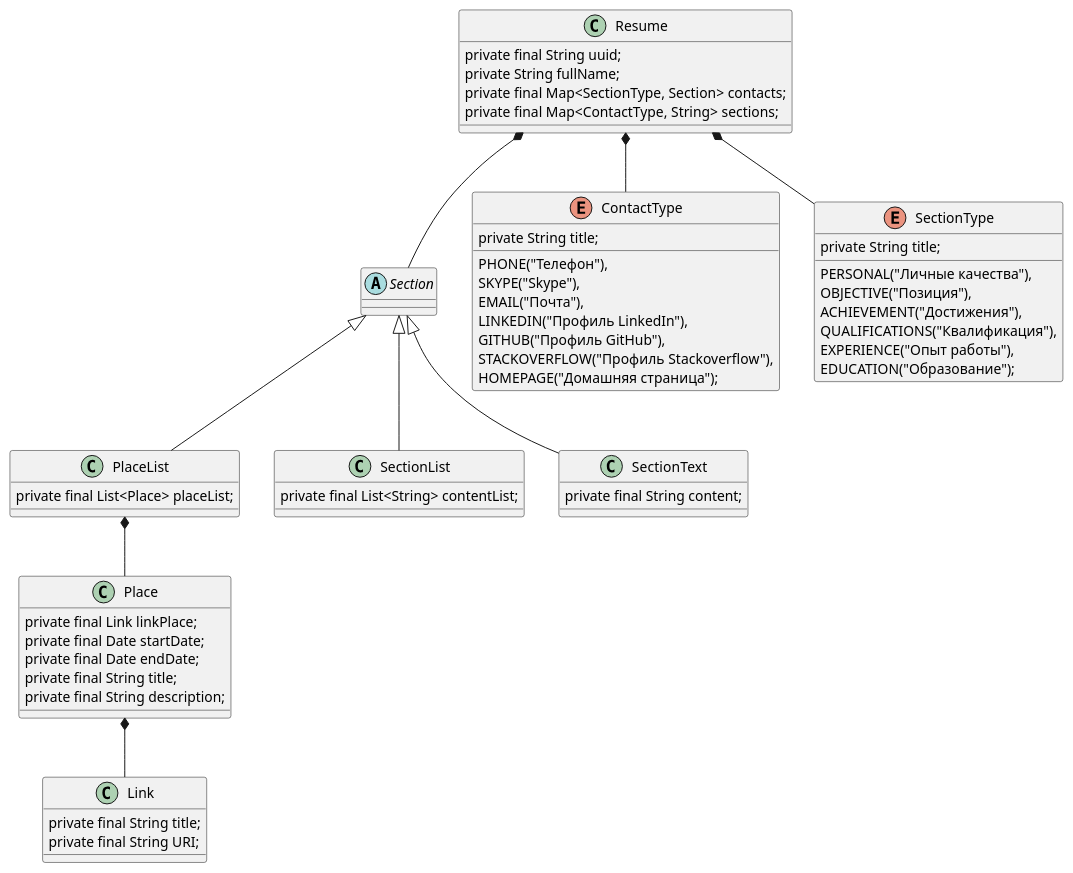
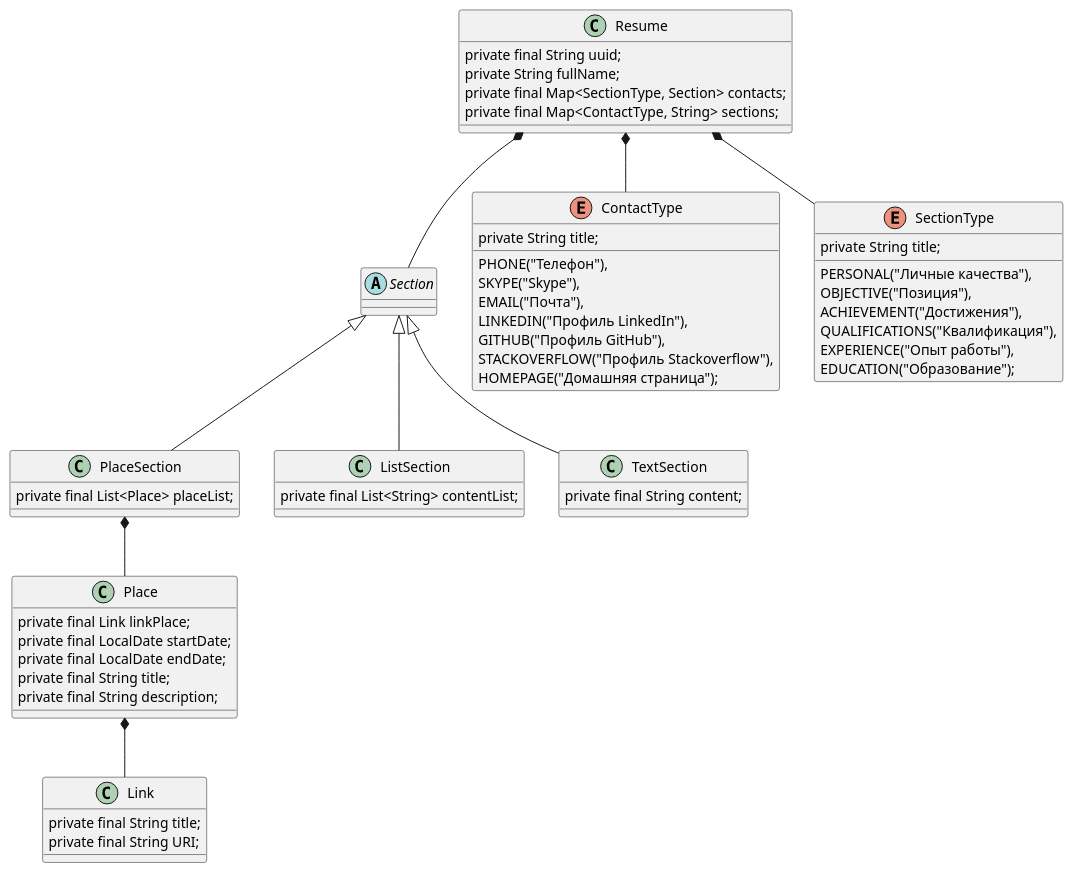
Before and after one commit to kssadomtsev/basejava: the diagram in src/com/mysite/webapp/model/Test.puml, drawn with PlantUML. The commit also changed 4 other files, not shown here.

```diff
--- a/src/com/mysite/webapp/model/Test.puml
+++ b/src/com/mysite/webapp/model/Test.puml
@@ -1,65 +1,65 @@
 @startuml
 
 abstract class Section {
 }
 
 
 class Link {
     private final String title;
     private final String URI;
 }
 
 enum ContactType {
     PHONE("Телефон"),
     SKYPE("Skype"),
     EMAIL("Почта"),
     LINKEDIN("Профиль LinkedIn"),
     GITHUB("Профиль GitHub"),
     STACKOVERFLOW("Профиль Stackoverflow"),
     HOMEPAGE("Домашняя страница");
 
     private String title;
 }
 
 enum SectionType {
     PERSONAL("Личные качества"),
     OBJECTIVE("Позиция"),
     ACHIEVEMENT("Достижения"),
     QUALIFICATIONS("Квалификация"),
     EXPERIENCE("Опыт работы"),
     EDUCATION("Образование");
 
     private String title;
 }
 
 class Place {
     private final Link linkPlace;
-    private final Date startDate;
-    private final Date endDate;
+    private final LocalDate startDate;
+    private final LocalDate endDate;
     private final String title;
     private final String description;
     }
 
- class PlaceList extends Section {
+ class PlaceSection extends Section {
         private final List<Place> placeList;
   }
 
   class Resume {
       private final String uuid;
       private String fullName;
       private final Map<SectionType, Section> contacts;
       private final Map<ContactType, String> sections;
       }
 
-  class SectionList extends Section {
+  class ListSection extends Section {
       private final List<String> contentList;
       }
- class SectionText extends Section {
+ class TextSection extends Section {
           private final String content;
           }
  Resume *-- Section
  Resume *-- SectionType
  Resume *-- ContactType
- PlaceList *-- Place
+ PlaceSection *-- Place
  Place *-- Link
 @enduml
```
